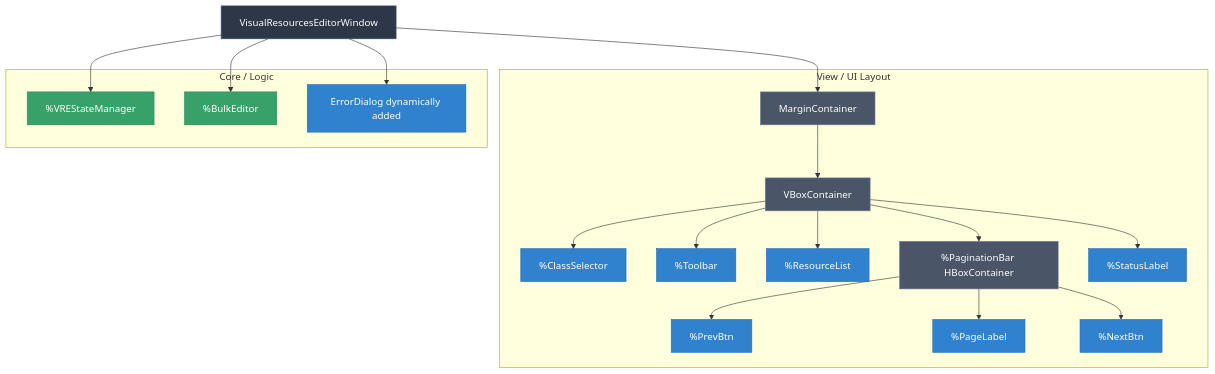
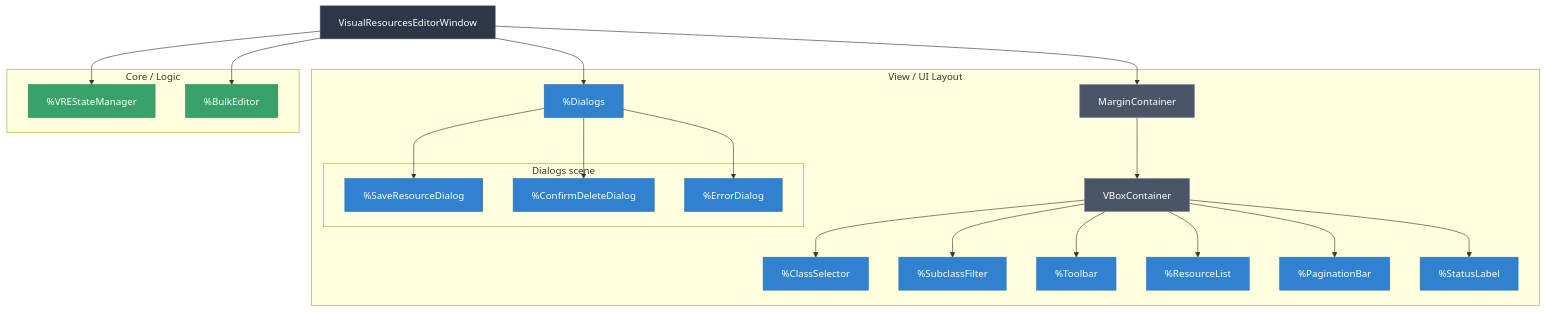
One commit to diablohumastudioadmin/data-systems-2 changed the first of 6 diagrams in addons/diablohumastudio/visual_resources_editor/diagrams.md. Above: the diagram before and after it, drawn with Mermaid. The commit also changed other lines of this file and 10 other files, not shown here.

````diff
--- a/addons/diablohumastudio/visual_resources_editor/diagrams.md
+++ b/addons/diablohumastudio/visual_resources_editor/diagrams.md
@@ -17,46 +9,48 @@
 ```mermaid
 graph TD
     classDef window fill:#2d3748,stroke:#4a5568,color:#fff
     classDef layout fill:#4a5568,stroke:#718096,color:#fff
     classDef view fill:#3182ce,stroke:#2b6cb0,color:#fff
     classDef logic fill:#38a169,stroke:#2f855a,color:#fff
 
     Window[VisualResourcesEditorWindow]:::window
-    
+
     subgraph View / UI Layout
         Margin[MarginContainer]:::layout
         VBox[VBoxContainer]:::layout
-        
+
         ClassSel[ %ClassSelector ]:::view
+        SubFilt[ %SubclassFilter ]:::view
         Toolbar[ %Toolbar ]:::view
         ResList[ %ResourceList ]:::view
-        
-        PagBar[ %PaginationBar HBoxContainer]:::layout
-        Prev[ %PrevBtn ]:::view
-        Lbl[ %PageLabel ]:::view
-        Next[ %NextBtn ]:::view
-        
+        PagBar[ %PaginationBar ]:::view
         Status[ %StatusLabel ]:::view
+        Dialogs[ %Dialogs ]:::view
+
+        subgraph Dialogs scene
+            SaveDlg[ %SaveResourceDialog ]:::view
+            DelDlg[ %ConfirmDeleteDialog ]:::view
+            ErrDlg[ %ErrorDialog ]:::view
+        end
     end
 
     subgraph Core / Logic
         State[ %VREStateManager ]:::logic
         Bulk[ %BulkEditor ]:::logic
-        ErrDialog[ ErrorDialog dynamically added ]:::view
     end
 
     Window --> Margin
     Margin --> VBox
     VBox --> ClassSel
+    VBox --> SubFilt
     VBox --> Toolbar
     VBox --> ResList
     VBox --> PagBar
-    PagBar --> Prev
-    PagBar --> Lbl
-    PagBar --> Next
     VBox --> Status
-
+    Window --> Dialogs
+    Dialogs --> SaveDlg
+    Dialogs --> DelDlg
+    Dialogs --> ErrDlg
     Window --> State
     Window --> Bulk
-    Window --> ErrDialog
 ```
````
